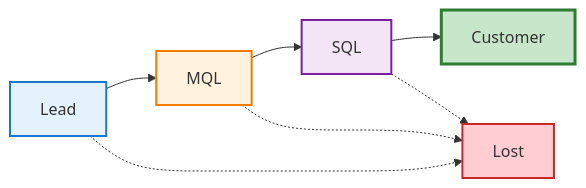
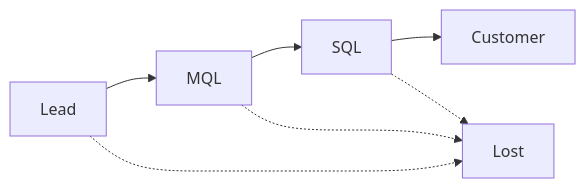
Before and after one commit to rohitkr8527/b2b-growth-funnel-analytics: the second of 4 diagrams in README.md, drawn with Mermaid. The commit also changed other lines of this file, not shown here.

````diff
--- a/README.md
+++ b/README.md
@@ -251,15 +242,9 @@
 ```mermaid
 graph LR
     A[Lead] --> B[MQL]
     B --> C[SQL]
     C --> D[Customer]
     A -.-> E[Lost]
     B -.-> E
     C -.-> E
-    
-    style A fill:#e3f2fd,stroke:#1976d2,stroke-width:2px
-    style B fill:#fff3e0,stroke:#f57c00,stroke-width:2px
-    style C fill:#f3e5f5,stroke:#7b1fa2,stroke-width:2px
-    style D fill:#c8e6c9,stroke:#2e7d32,stroke-width:3px
-    style E fill:#ffcdd2,stroke:#c62828,stroke-width:2px
 ```
````
